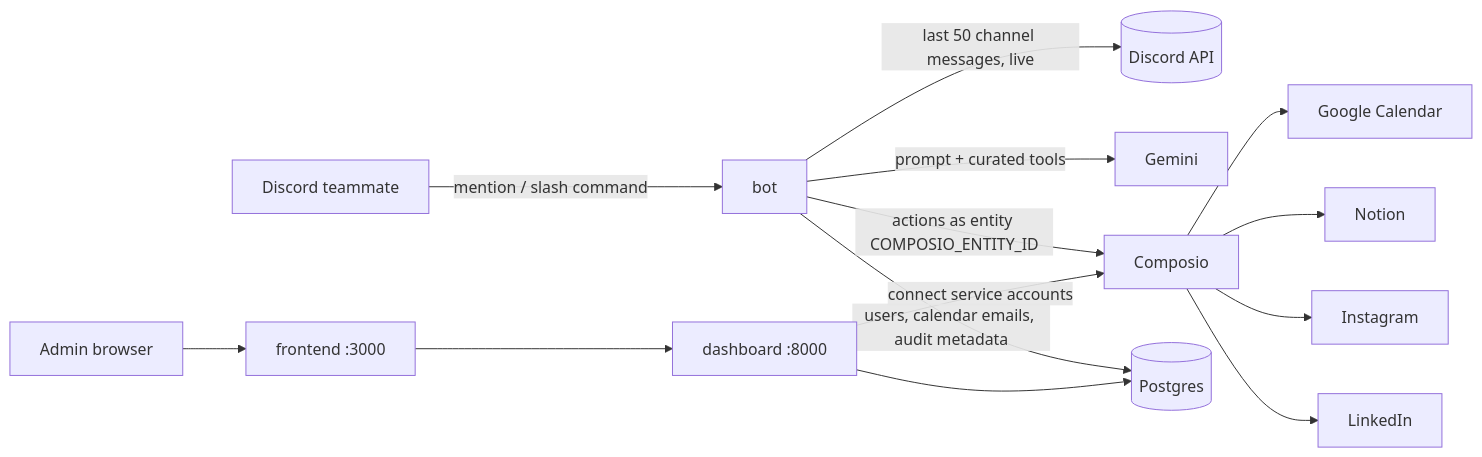
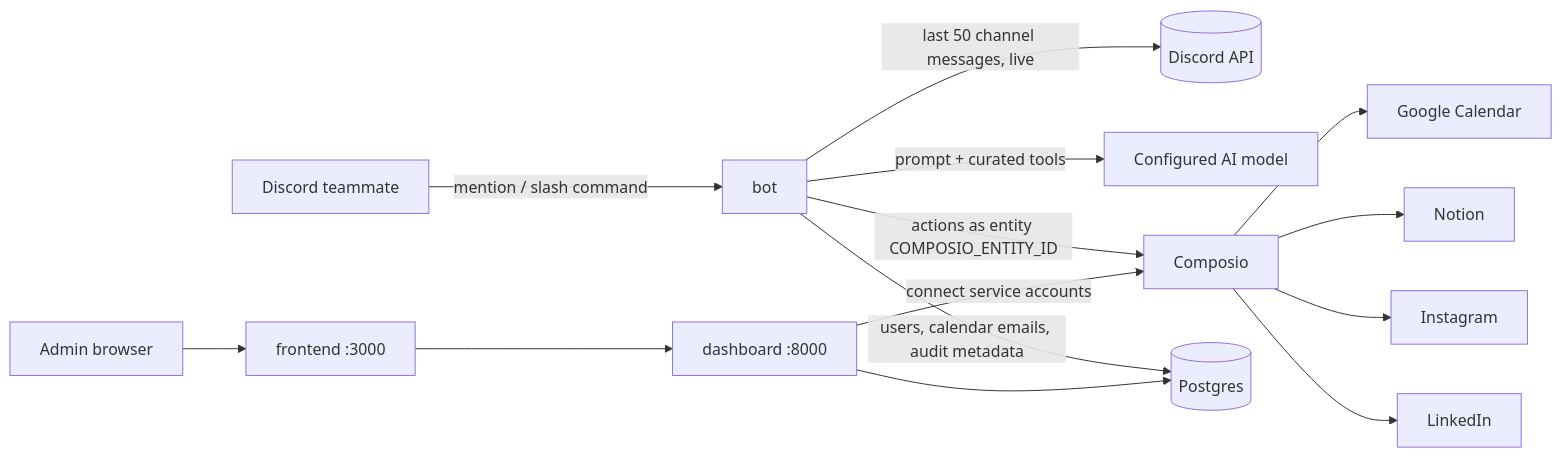
One commit to cseed-org/dobby changed the diagram in ARCHITECTURE.md. Above: the diagram before and after it, drawn with Mermaid. The commit also changed other lines of this file and 52 other files, not shown here.

````diff
--- a/ARCHITECTURE.md
+++ b/ARCHITECTURE.md
@@ -11,15 +11,15 @@
 ```mermaid
 flowchart LR
     U[Discord teammate] -->|mention / slash command| B[bot]
     B -->|last 50 channel messages, live| D[(Discord API)]
-    B -->|prompt + curated tools| G[Gemini]
+    B -->|prompt + curated tools| G[Configured AI model]
     B -->|actions as entity COMPOSIO_ENTITY_ID| C[Composio]
     C --> GC[Google Calendar]
     C --> N[Notion]
     C --> IG[Instagram]
     C --> LI[LinkedIn]
     B -->|users, calendar emails, audit metadata| P[(Postgres)]
     A[Admin browser] --> F[frontend :3000] --> API[dashboard :8000]
     API --> P
     API -->|connect service accounts| C
 ```
````
